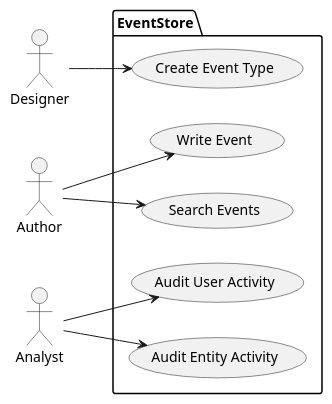
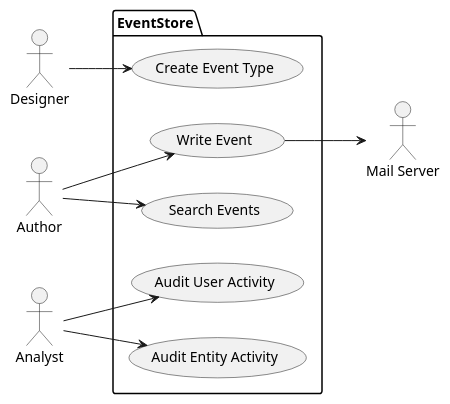
One commit to david-oc-miller/event-sourcing-demo changed the diagram in docs/src/use-cases.puml. Above: the diagram before and after it, drawn with PlantUML. The commit also changed 2 other files, not shown here.

Commit message:
Add secondary use case actor "Email Server"

```diff
--- a/docs/src/use-cases.puml
+++ b/docs/src/use-cases.puml
@@ -1,23 +1,26 @@
 @startuml
 left to right direction
 
 actor Designer as d
 actor Author as au
 actor Analyst as an
+actor "Mail Server" as m
 
 package EventStore {
 
   usecase "Create Event Type" as CET
   usecase "Write Event" as WE
   usecase "Search Events" as SE
   usecase "Audit User Activity" as AUE
   usecase "Audit Entity Activity" as AEA
 }
 
 d --> CET
 au --> WE
 au --> SE
 an --> AUE
 an --> AEA
 
+WE --> m
+
 @enduml
```
